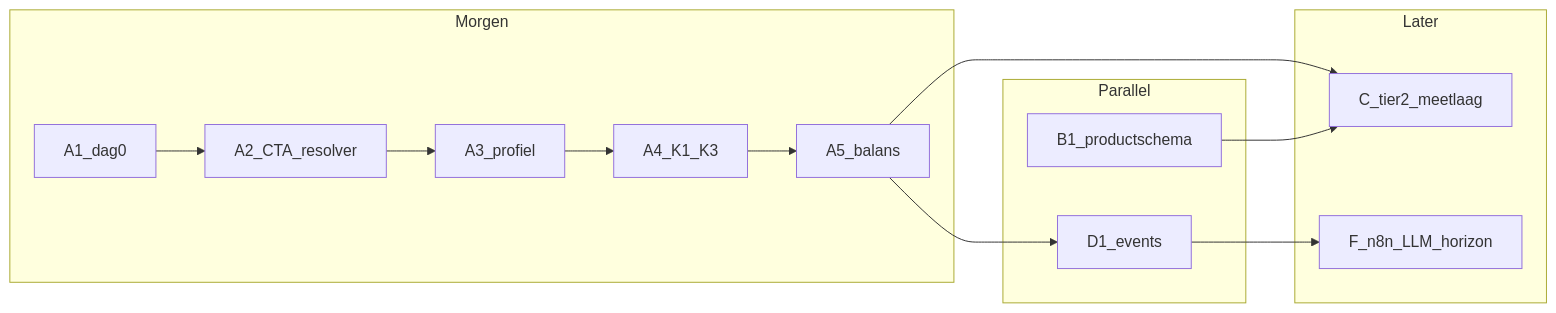
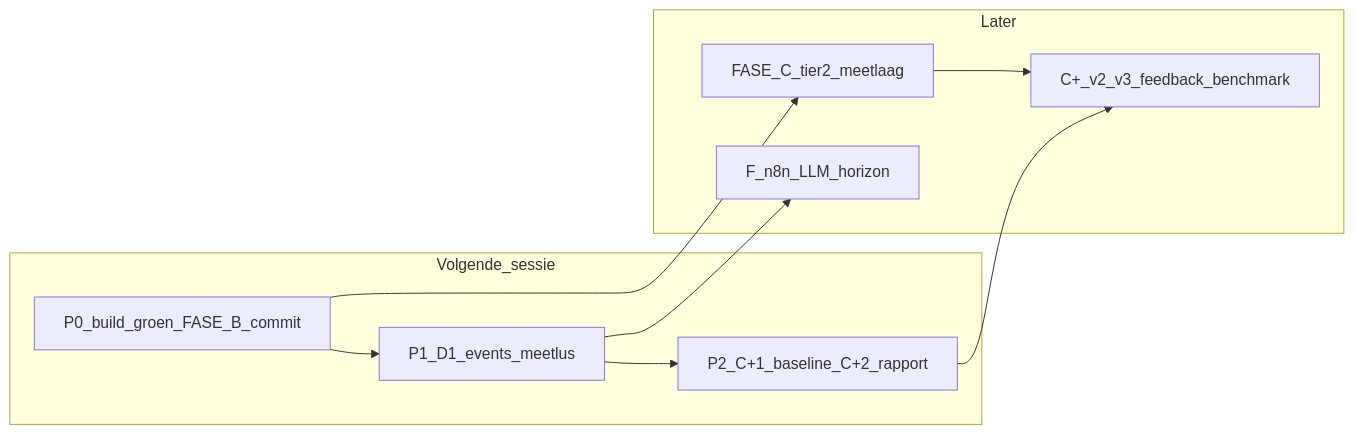
Before and after one commit to DenvWest/PSF: the third of 3 diagrams in docs/plan/PLAN_FUNDAMENT_PRIORITEIT.md, drawn with Mermaid. The commit also changed other lines of this file, not shown here.

First line of the commit message:
docs(plan): voeg FASE C+ 30-dagen-deltarapport toe + actualiseer kritiek pad

````diff
--- a/docs/plan/PLAN_FUNDAMENT_PRIORITEIT.md
+++ b/docs/plan/PLAN_FUNDAMENT_PRIORITEIT.md
@@ -216,26 +273,20 @@
 ```mermaid
 flowchart LR
-  subgraph morgen [Morgen]
-    A1m[A1_dag0]
-    A2m[A2_CTA_resolver]
-    A3m[A3_profiel]
-    A4m[A4_K1_K3]
-    A5m[A5_balans]
-    A1m --> A2m --> A3m --> A4m --> A5m
-  end
-
-  subgraph parallel [Parallel]
-    B1p[B1_productschema]
-    D1p[D1_events]
+  subgraph sessie [Volgende_sessie]
+    P0[P0_build_groen_FASE_B_commit]
+    P1[P1_D1_events_meetlus]
+    P2[P2_C+1_baseline_C+2_rapport]
+    P0 --> P1 --> P2
   end
 
   subgraph later [Later]
-    C[C_tier2_meetlaag]
+    C[FASE_C_tier2_meetlaag]
+    Cplus[C+_v2_v3_feedback_benchmark]
     F[F_n8n_LLM_horizon]
   end
 
-  A5m --> C
-  B1p --> C
-  A5m --> D1p
-  D1p --> F
+  P1 --> F
+  P2 --> Cplus
+  C --> Cplus
+  P0 --> C
 ```
````
